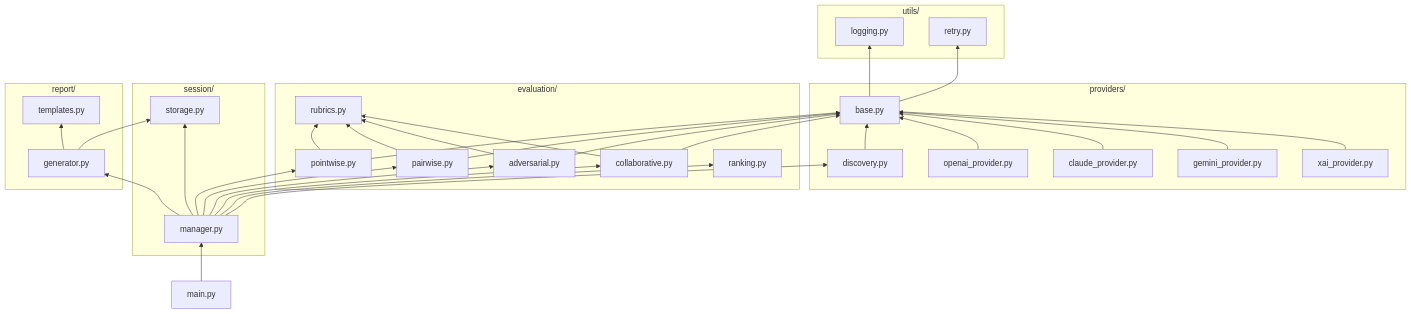
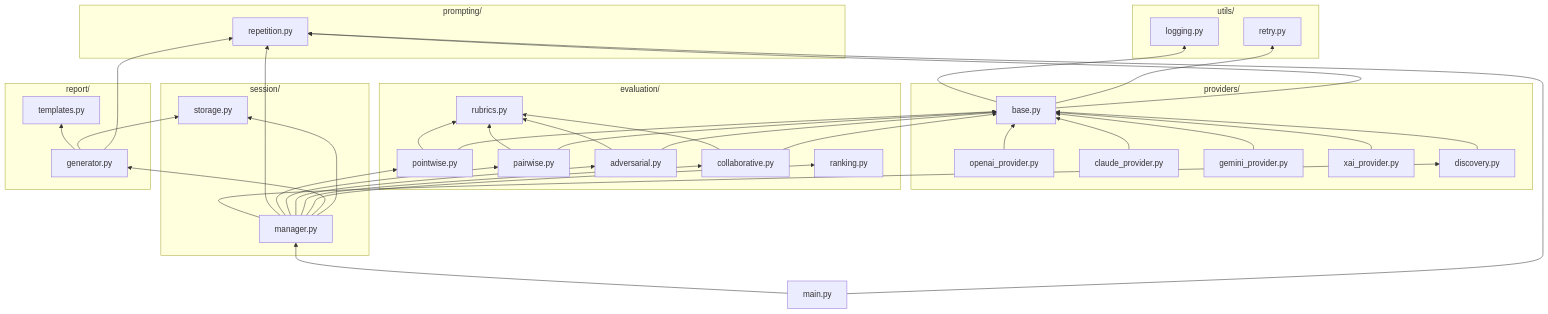
One commit to rondilley/llm_compare changed diagram 18 of 19 in docs/ARCHITECTURE.md. Above: the diagram before and after it, drawn with Mermaid. The commit also changed other lines of this file and 13 other files, not shown here.

Commit message:
Added repetition prompting

````diff
--- a/docs/ARCHITECTURE.md
+++ b/docs/ARCHITECTURE.md
@@ -543,52 +624,60 @@
 ```mermaid
 flowchart BT
     subgraph Utils["utils/"]
         LOG[logging.py]
         RETRY[retry.py]
+    end
+
+    subgraph Prompting["prompting/"]
+        REP[repetition.py]
     end
 
     subgraph Providers["providers/"]
         BASE[base.py]
         OAI[openai_provider.py]
         CLD[claude_provider.py]
         GEM[gemini_provider.py]
         XAI_P[xai_provider.py]
         DISC[discovery.py]
     end
 
     subgraph Evaluation["evaluation/"]
         RUB[rubrics.py]
         POINT[pointwise.py]
         PAIR[pairwise.py]
         ADV[adversarial.py]
         COLL[collaborative.py]
         RANK_E[ranking.py]
     end
 
     subgraph Session["session/"]
         MGR[manager.py]
         STOR[storage.py]
     end
 
     subgraph Report["report/"]
         GEN[generator.py]
         TMPL[templates.py]
     end
 
     MAIN[main.py] --> MGR
+    MAIN --> REP
     MGR --> DISC
+    MGR --> REP
     MGR --> POINT & PAIR & ADV & COLL
     MGR --> RANK_E
     MGR --> GEN
     MGR --> STOR
 
     DISC --> BASE
     OAI & CLD & GEM & XAI_P --> BASE
     BASE --> LOG & RETRY
+    BASE --> REP
 
     POINT & PAIR & ADV & COLL --> RUB
     POINT & PAIR & ADV & COLL --> BASE
 
     GEN --> TMPL
     GEN --> STOR
+    GEN --> REP
 ```
````
